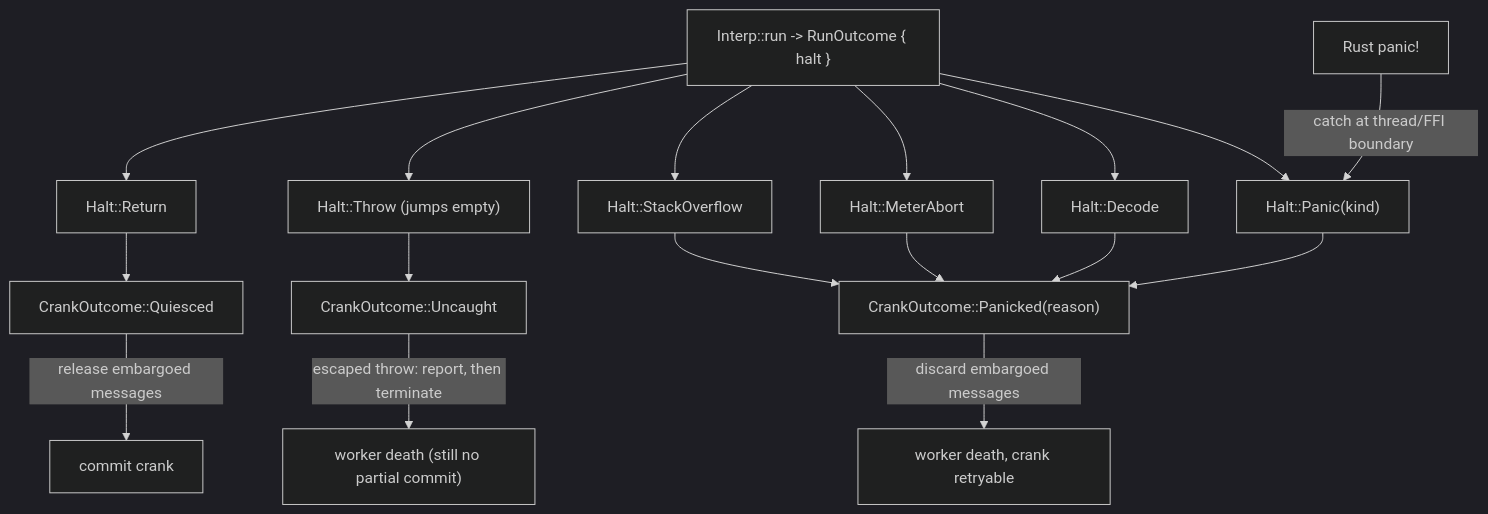
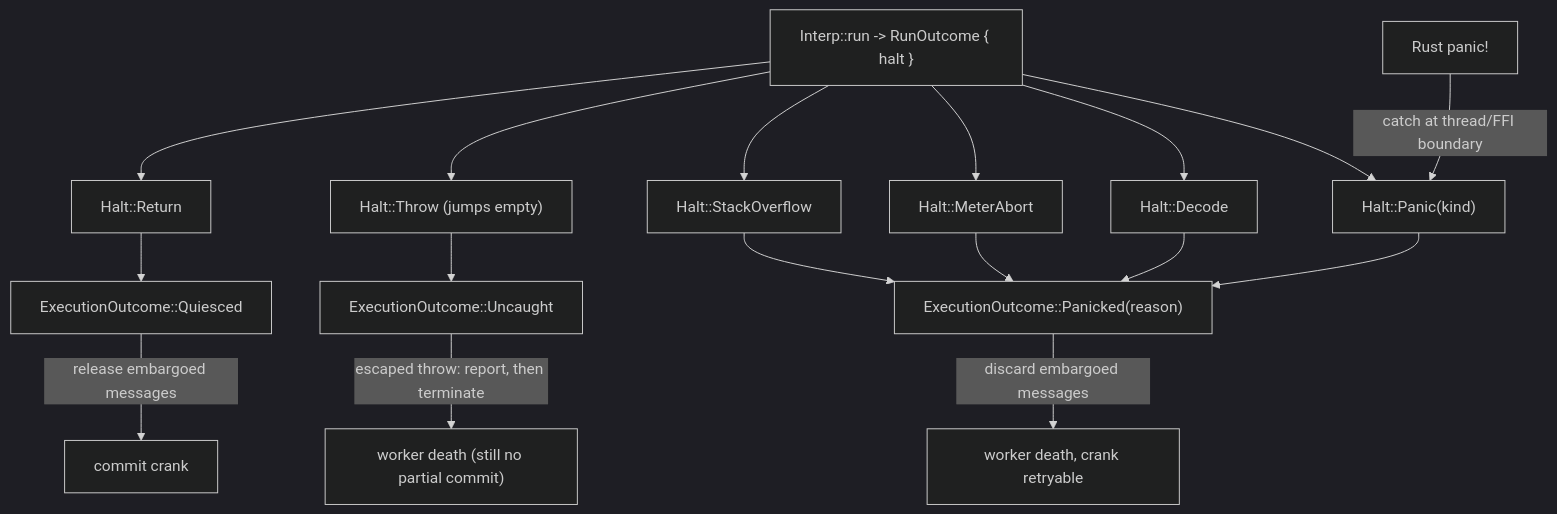
Before and after one commit to endojs/endo-but-for-bots: the first of 2 diagrams in designs/ironhorse-panic.md, drawn with Mermaid (dark theme). The commit also changed other lines of this file, not shown here.

First line of the commit message:
docs(ironhorse): a crank is Slot Machine's, not the engine's (#1018)

````diff
--- a/designs/ironhorse-panic.md
+++ b/designs/ironhorse-panic.md
@@ -319,20 +333,20 @@
 ```mermaid
 graph TD
     RUN["Interp::run -> RunOutcome { halt }"]
     RUN --> RET["Halt::Return"]
     RUN --> THR["Halt::Throw (jumps empty)"]
     RUN --> SO["Halt::StackOverflow"]
     RUN --> MA["Halt::MeterAbort"]
     RUN --> DEC["Halt::Decode"]
     RUN --> PAN["Halt::Panic(kind)"]
     RUST["Rust panic!"] -->|catch at thread/FFI boundary| PAN
-    RET --> C["CrankOutcome::Quiesced"]
-    THR --> U["CrankOutcome::Uncaught"]
-    SO --> P["CrankOutcome::Panicked(reason)"]
+    RET --> C["ExecutionOutcome::Quiesced"]
+    THR --> U["ExecutionOutcome::Uncaught"]
+    SO --> P["ExecutionOutcome::Panicked(reason)"]
     MA --> P
     DEC --> P
     PAN --> P
     C -->|release embargoed messages| COMMIT["commit crank"]
     U -->|escaped throw: report, then terminate| U2["worker death (still no partial commit)"]
     P -->|discard embargoed messages| DISCARD["worker death, crank retryable"]
 ```
````
